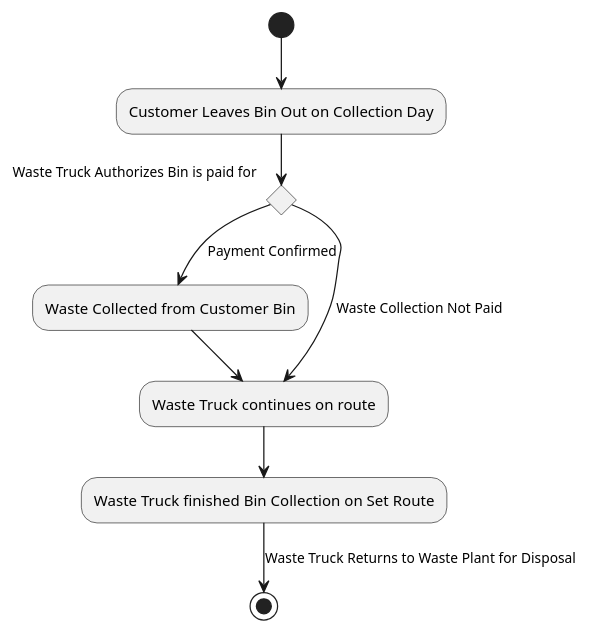
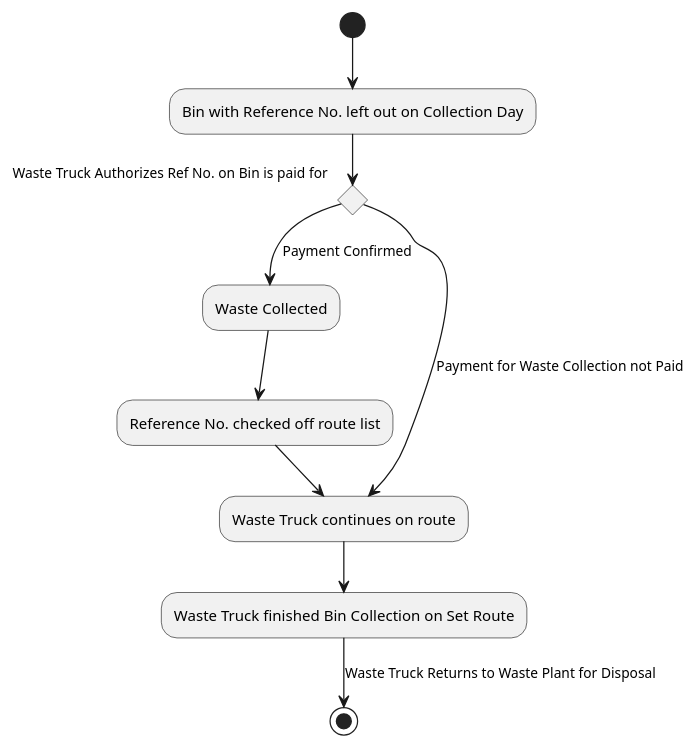
One commit to tedski999/CSU22041-InformationManagement-Group8 changed the diagram in Waste Transport Activity.wsd. Above: the diagram before and after it, drawn with PlantUML. The commit also changed 4 other files, not shown here.

Commit message:
Completed UML Class Diagram

```diff
--- a/Waste Transport Activity.wsd
+++ b/Waste Transport Activity.wsd
@@ -1,12 +1,13 @@
 @startuml
-(*) --> "Customer Leaves Bin Out on Collection Day"
+(*) --> "Bin with Reference No. left out on Collection Day"
 
-if "Waste Truck Authorizes Bin is paid for" then
-    -->[Payment Confirmed] "Waste Collected from Customer Bin"
+if "Waste Truck Authorizes Ref No. on Bin is paid for" then
+    -->[Payment Confirmed] "Waste Collected"
+    --> "Reference No. checked off route list"
     --> "Waste Truck continues on route"
 else
-    -->[Waste Collection Not Paid] "Waste Truck continues on route"
+    -->[Payment for Waste Collection not Paid] "Waste Truck continues on route"
 Endif
 --> "Waste Truck finished Bin Collection on Set Route"
 --> [Waste Truck Returns to Waste Plant for Disposal] (*)
 @enduml
```
